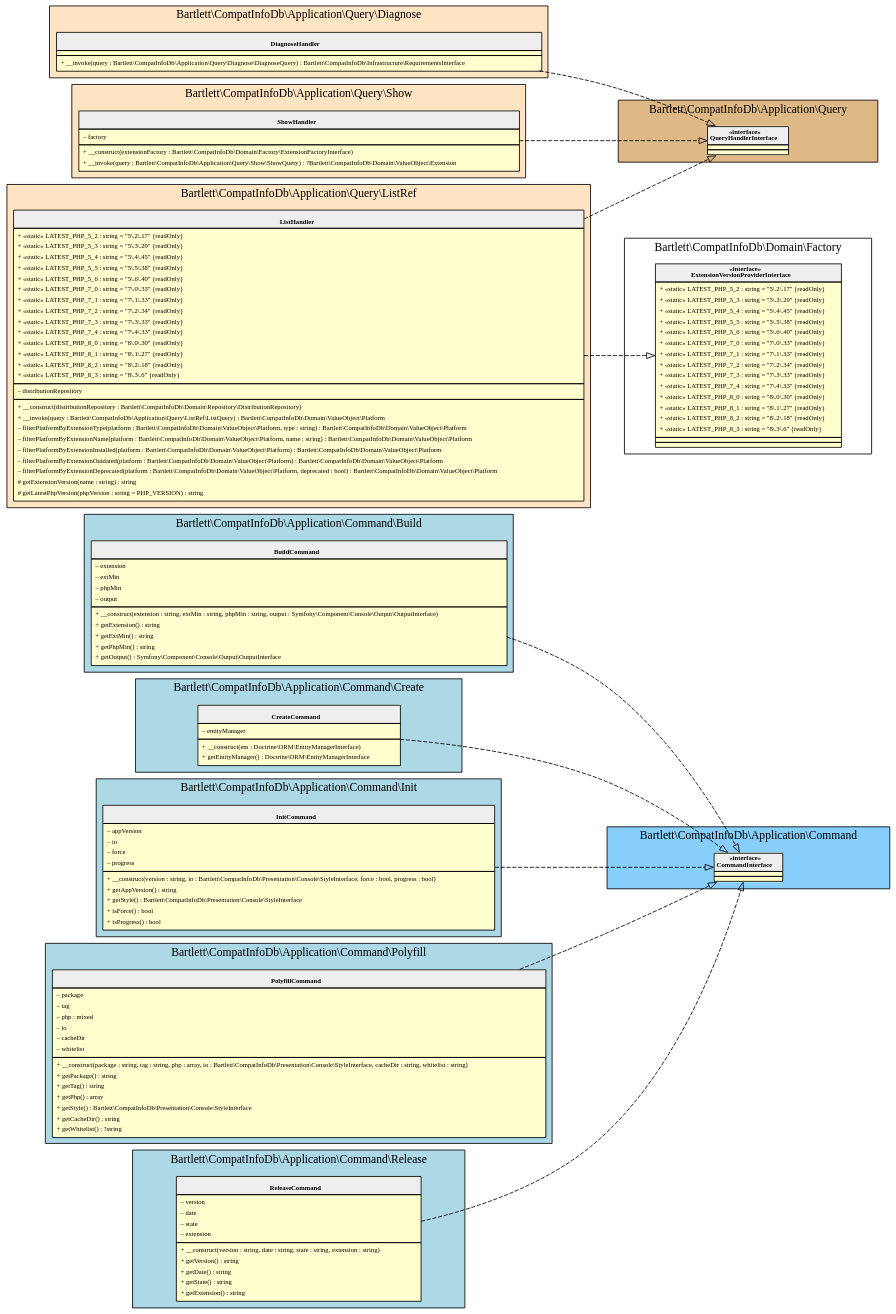
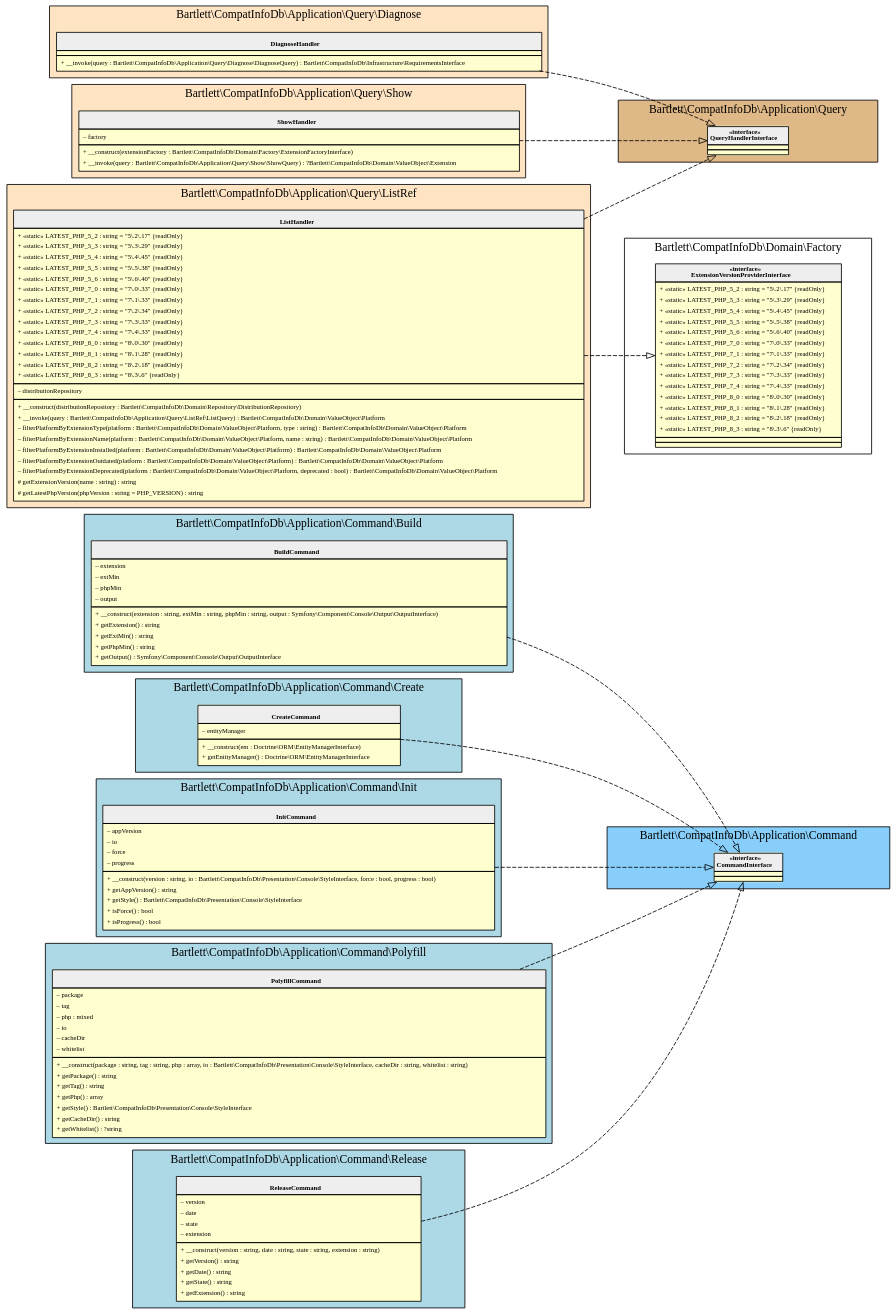
One commit to llaville/php-compatinfo-db changed the diagram in 6.5/assets/images/command-line-runner_application.html.gv. Above: the diagram before and after it, drawn with Graphviz. The commit also changed 29 other files, not shown here.

```diff
--- a/6.5/assets/images/command-line-runner_application.html.gv
+++ b/6.5/assets/images/command-line-runner_application.html.gv
@@ -155,7 +155,7 @@
     <tr><td align="left">+ «static» LATEST_PHP_7_3 : string = "7\.3\.33" {readOnly}</td></tr>
     <tr><td align="left">+ «static» LATEST_PHP_7_4 : string = "7\.4\.33" {readOnly}</td></tr>
     <tr><td align="left">+ «static» LATEST_PHP_8_0 : string = "8\.0\.30" {readOnly}</td></tr>
-    <tr><td align="left">+ «static» LATEST_PHP_8_1 : string = "8\.1\.27" {readOnly}</td></tr>
+    <tr><td align="left">+ «static» LATEST_PHP_8_1 : string = "8\.1\.28" {readOnly}</td></tr>
     <tr><td align="left">+ «static» LATEST_PHP_8_2 : string = "8\.2\.18" {readOnly}</td></tr>
     <tr><td align="left">+ «static» LATEST_PHP_8_3 : string = "8\.3\.6" {readOnly}</td></tr>
 </table></td></tr>
@@ -192,7 +192,7 @@
     <tr><td align="left">+ «static» LATEST_PHP_7_3 : string = "7\.3\.33" {readOnly}</td></tr>
     <tr><td align="left">+ «static» LATEST_PHP_7_4 : string = "7\.4\.33" {readOnly}</td></tr>
     <tr><td align="left">+ «static» LATEST_PHP_8_0 : string = "8\.0\.30" {readOnly}</td></tr>
-    <tr><td align="left">+ «static» LATEST_PHP_8_1 : string = "8\.1\.27" {readOnly}</td></tr>
+    <tr><td align="left">+ «static» LATEST_PHP_8_1 : string = "8\.1\.28" {readOnly}</td></tr>
     <tr><td align="left">+ «static» LATEST_PHP_8_2 : string = "8\.2\.18" {readOnly}</td></tr>
     <tr><td align="left">+ «static» LATEST_PHP_8_3 : string = "8\.3\.6" {readOnly}</td></tr>
 </table></td></tr>
```
